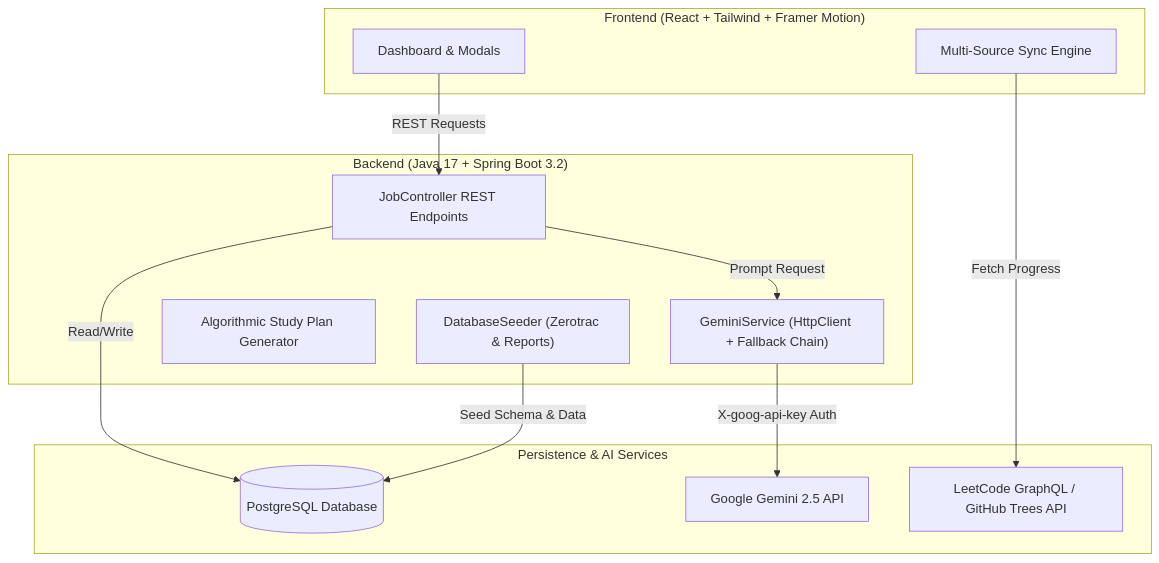
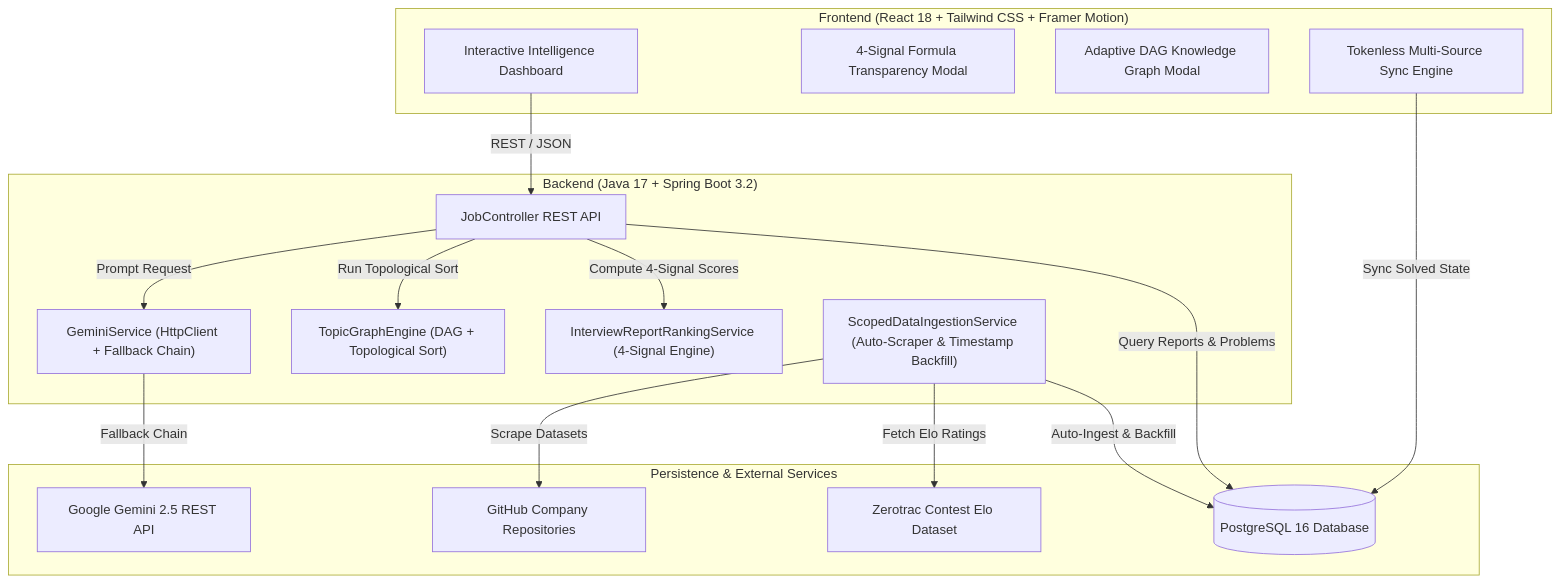
One commit to 1himanshu1804442/prepintel changed the diagram in README.md. Above: the diagram before and after it, drawn with Mermaid. The commit also changed other lines of this file, not shown here.

Commit message:
docs: overhaul README.md with comprehensive star points, 4-signal math formula, adaptive DAG graph engine, architecture diagram, and API reference

````diff
--- a/README.md
+++ b/README.md
@@ -53,27 +98,35 @@
 ```mermaid
 flowchart TD
-    subgraph Client["Frontend (React + Tailwind + Framer Motion)"]
-        UI["Dashboard & Modals"]
-        SyncModule["Multi-Source Sync Engine"]
+    subgraph Client["Frontend (React 18 + Tailwind CSS + Framer Motion)"]
+        UI["Interactive Intelligence Dashboard"]
+        ConfidenceModal["4-Signal Formula Transparency Modal"]
+        GraphModal["Adaptive DAG Knowledge Graph Modal"]
+        SyncModule["Tokenless Multi-Source Sync Engine"]
     end
 
     subgraph Server["Backend (Java 17 + Spring Boot 3.2)"]
-        API["JobController REST Endpoints"]
+        Controller["JobController REST API"]
+        RankingSvc["InterviewReportRankingService (4-Signal Engine)"]
+        GraphEngine["TopicGraphEngine (DAG + Topological Sort)"]
         GeminiSvc["GeminiService (HttpClient + Fallback Chain)"]
-        Planner["Algorithmic Study Plan Generator"]
-        Seeder["DatabaseSeeder (Zerotrac & Reports)"]
+        Seeder["ScopedDataIngestionService (Auto-Scraper & Timestamp Backfill)"]
     end
 
-    subgraph Data["Persistence & AI Services"]
-        DB[("PostgreSQL Database")]
-        GeminiAPI["Google Gemini 2.5 API"]
-        ExternalAPIs["LeetCode GraphQL / GitHub Trees API"]
+    subgraph Data["Persistence & External Services"]
+        DB[("PostgreSQL 16 Database")]
+        GeminiAPI["Google Gemini 2.5 REST API"]
+        Zerotrac["Zerotrac Contest Elo Dataset"]
+        GitHubScraper["GitHub Company Repositories"]
     end
 
-    UI -->|REST Requests| API
-    API -->|Read/Write| DB
-    API -->|Prompt Request| GeminiSvc
-    GeminiSvc -->|X-goog-api-key Auth| GeminiAPI
-    SyncModule -->|Fetch Progress| ExternalAPIs
-    Seeder -->|Seed Schema & Data| DB
+    UI -->|REST / JSON| Controller
+    Controller -->|Query Reports & Problems| DB
+    Controller -->|Compute 4-Signal Scores| RankingSvc
+    Controller -->|Run Topological Sort| GraphEngine
+    Controller -->|Prompt Request| GeminiSvc
+    GeminiSvc -->|Fallback Chain| GeminiAPI
+    SyncModule -->|Sync Solved State| DB
+    Seeder -->|Auto-Ingest & Backfill| DB
+    Seeder -->|Fetch Elo Ratings| Zerotrac
+    Seeder -->|Scrape Datasets| GitHubScraper
 ```
````
